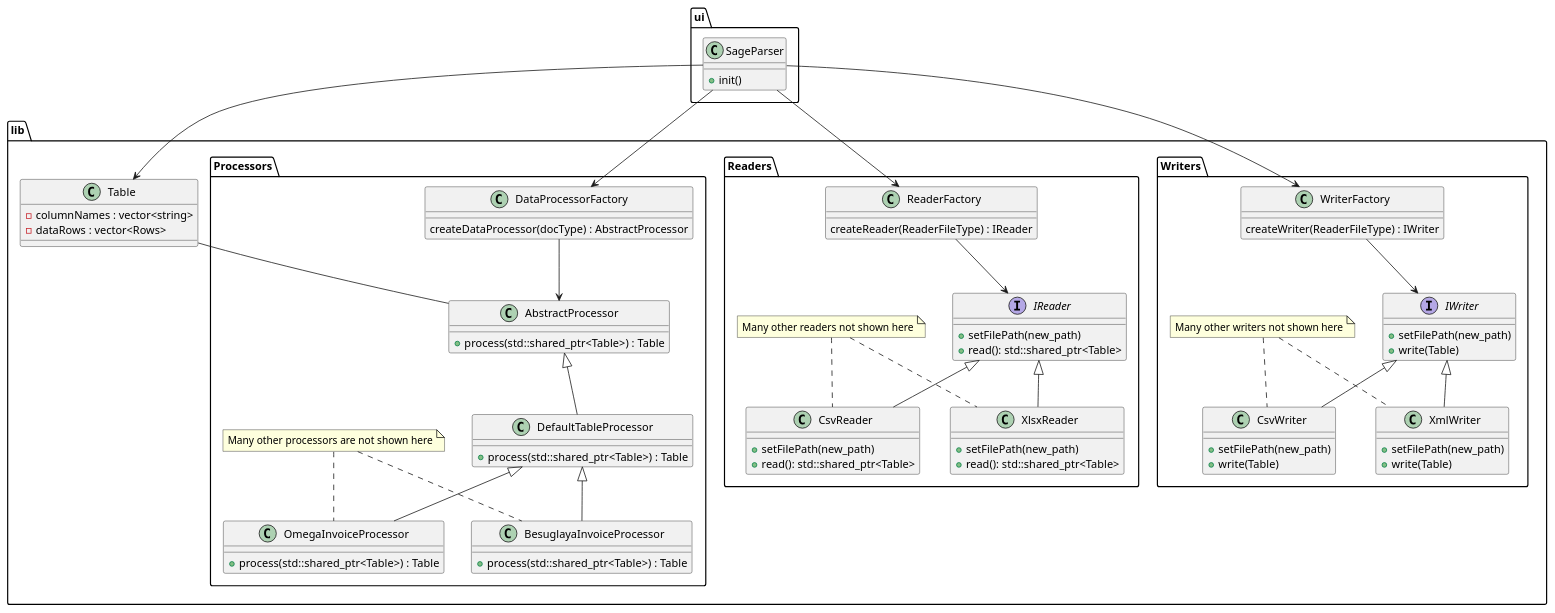
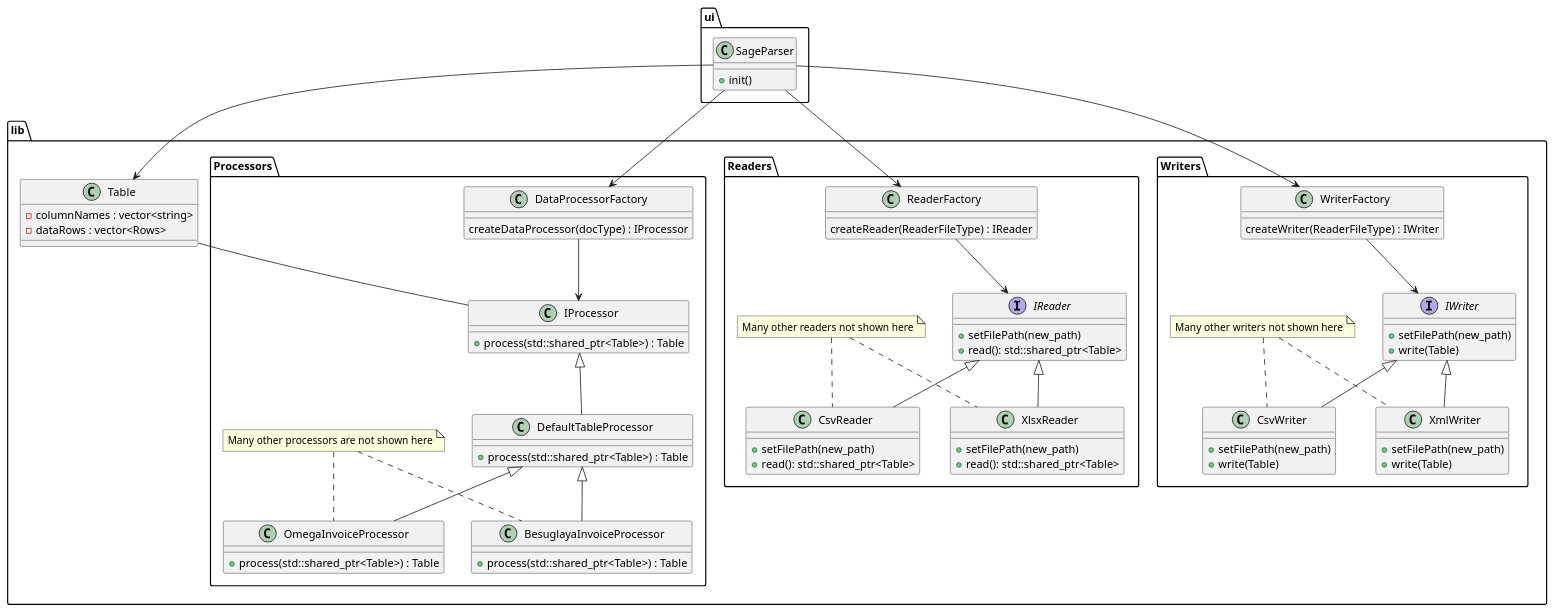
Before and after one commit to Sage-Cat/SageParser: the diagram in docs/Library_Design.puml, drawn with PlantUML. The commit also changed 28 other files, not shown here.

```diff
--- a/docs/Library_Design.puml
+++ b/docs/Library_Design.puml
@@ -1,117 +1,117 @@
 @startuml
 
 package ui {
     class SageParser
     {
         +init()
     }
 }
 
 package lib {
     class Table {
         -columnNames : vector<string>
         -dataRows : vector<Rows>
     }
 
     package Processors {
         class DataProcessorFactory
         {
-            createDataProcessor(docType) : AbstractProcessor
+            createDataProcessor(docType) : IProcessor
         }
 
-        class AbstractProcessor {
+        class IProcessor {
             +process(std::shared_ptr<Table>) : Table
         }
 
         class DefaultTableProcessor {
             +process(std::shared_ptr<Table>) : Table
         }
 
         class OmegaInvoiceProcessor {
             +process(std::shared_ptr<Table>) : Table
         }
 
         class BesuglayaInvoiceProcessor {
             +process(std::shared_ptr<Table>) : Table
         }
 
         note "Many other processors are not shown here" as N1
         N1 .. BesuglayaInvoiceProcessor
         N1 .. OmegaInvoiceProcessor
 
-        DefaultTableProcessor -up-|> AbstractProcessor
+        DefaultTableProcessor -up-|> IProcessor
         BesuglayaInvoiceProcessor -up-|> DefaultTableProcessor
         OmegaInvoiceProcessor -up-|> DefaultTableProcessor
     }
 
     package Writers {
 
         class WriterFactory {
             createWriter(ReaderFileType) : IWriter
         } 
 
         interface IWriter {
             +setFilePath(new_path)
             +write(Table)
         }
 
         class CsvWriter {
             +setFilePath(new_path)
             +write(Table)
         }
 
         class XmlWriter {
             +setFilePath(new_path)
             +write(Table)
         }
 
         note "Many other writers not shown here" as N2
         N2 .. CsvWriter
         N2 .. XmlWriter
 
         CsvWriter -up-|> IWriter
         XmlWriter -up-|> IWriter
     }
 
     package Readers {
         class ReaderFactory {
             createReader(ReaderFileType) : IReader
         } 
 
         interface IReader {
             +setFilePath(new_path)
             +read(): std::shared_ptr<Table>
         }
 
         class CsvReader {
             +setFilePath(new_path)
             +read(): std::shared_ptr<Table>
         }
 
         class XlsxReader {
             +setFilePath(new_path)
             +read(): std::shared_ptr<Table>
         }
 
         note "Many other readers not shown here" as N3
         N3 .. CsvReader
         N3 .. XlsxReader
 
         CsvReader -up-|> IReader
         XlsxReader -up-|> IReader
     }
 
-    Table -- AbstractProcessor
+    Table -- IProcessor
 }
 
 
 ReaderFactory --> IReader
 WriterFactory --> IWriter
-DataProcessorFactory --> AbstractProcessor
+DataProcessorFactory --> IProcessor
 
 SageParser --> DataProcessorFactory
 SageParser --> WriterFactory
 SageParser --> ReaderFactory
 SageParser --> Table
 
 @enduml
```
